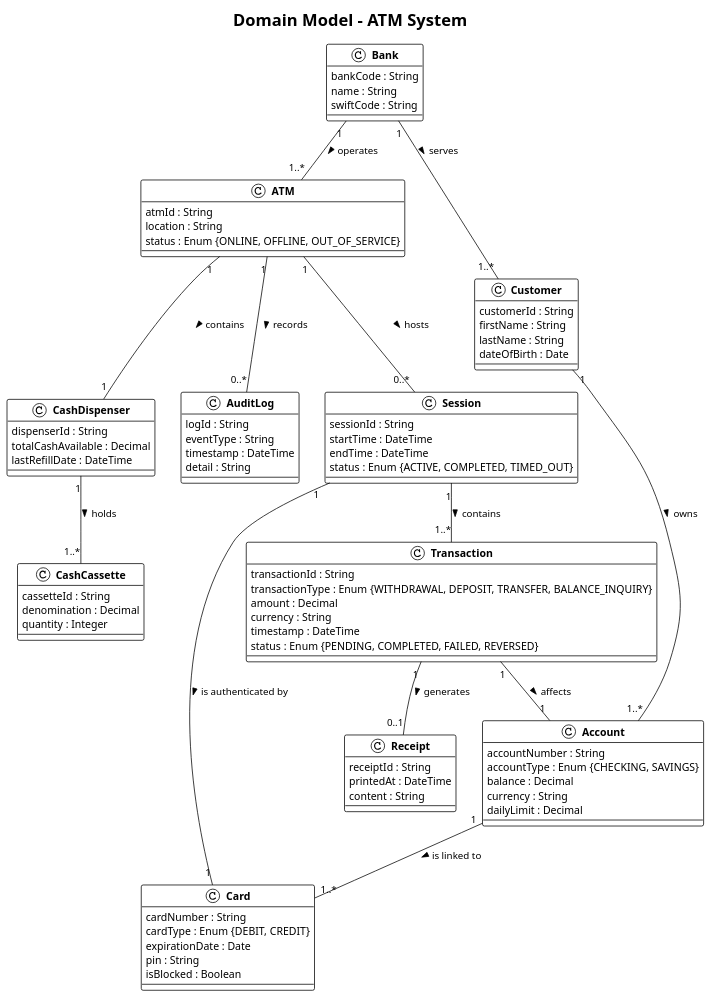
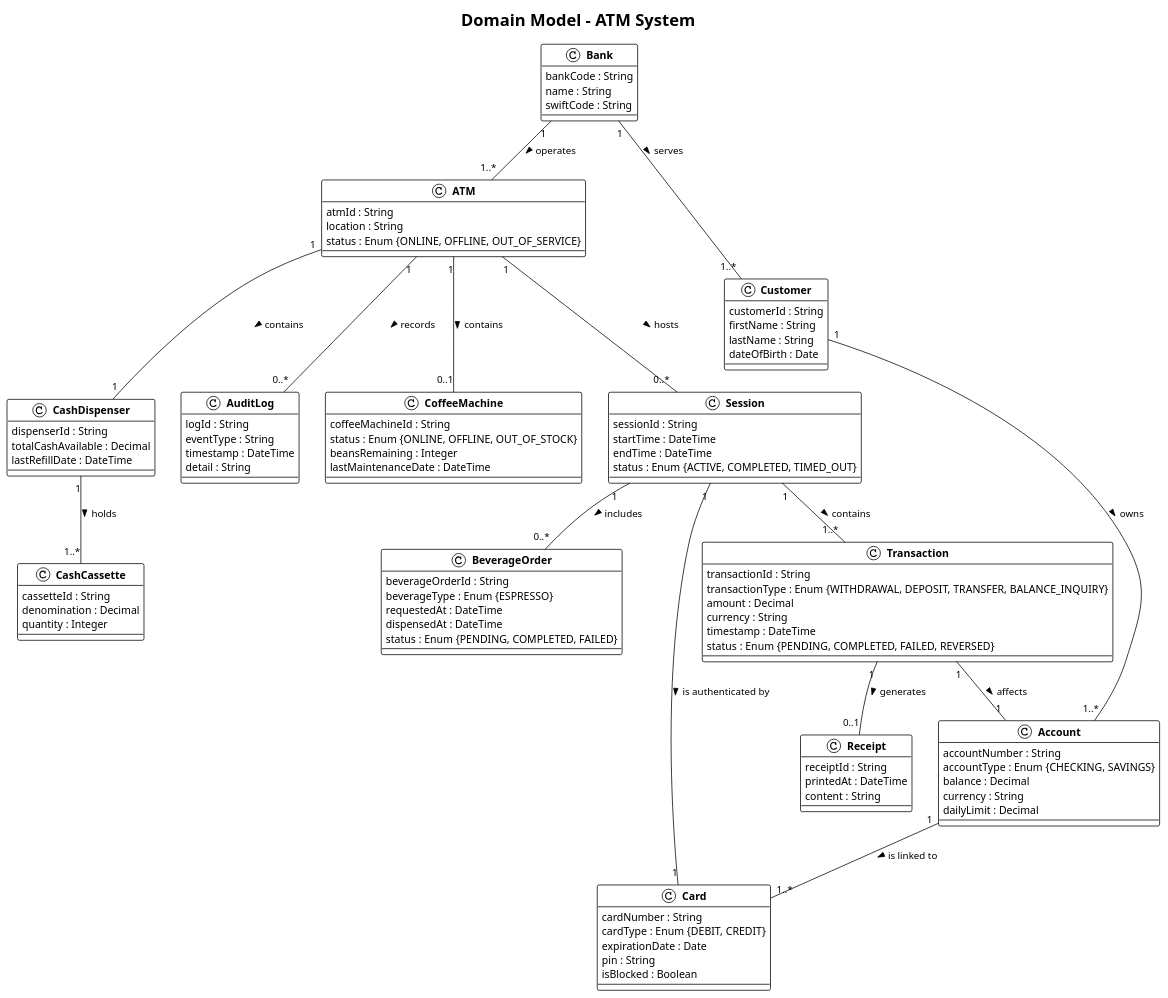
The diagram in docs/domain_model/domainModel.puml (marcelRonner/jarvis), drawn with PlantUML before and after one commit. The commit also changed 14 other files, not shown here.

```diff
--- a/docs/domain_model/domainModel.puml
+++ b/docs/domain_model/domainModel.puml
@@ -1,98 +1,115 @@
 @startuml DomainModel
 !theme plain
 skinparam classAttributeIconSize 0
 skinparam classFontStyle bold
 
 title Domain Model – ATM System
 
 class Bank {
   bankCode : String
   name : String
   swiftCode : String
 }
 
 class ATM {
   atmId : String
   location : String
   status : Enum {ONLINE, OFFLINE, OUT_OF_SERVICE}
 }
 
 class Customer {
   customerId : String
   firstName : String
   lastName : String
   dateOfBirth : Date
 }
 
 class Account {
   accountNumber : String
   accountType : Enum {CHECKING, SAVINGS}
   balance : Decimal
   currency : String
   dailyLimit : Decimal
 }
 
 class Card {
   cardNumber : String
   cardType : Enum {DEBIT, CREDIT}
   expirationDate : Date
   pin : String
   isBlocked : Boolean
 }
 
 class Session {
   sessionId : String
   startTime : DateTime
   endTime : DateTime
   status : Enum {ACTIVE, COMPLETED, TIMED_OUT}
 }
 
 class Transaction {
   transactionId : String
   transactionType : Enum {WITHDRAWAL, DEPOSIT, TRANSFER, BALANCE_INQUIRY}
   amount : Decimal
   currency : String
   timestamp : DateTime
   status : Enum {PENDING, COMPLETED, FAILED, REVERSED}
 }
 
 class Receipt {
   receiptId : String
   printedAt : DateTime
   content : String
 }
 
 class CashDispenser {
   dispenserId : String
   totalCashAvailable : Decimal
   lastRefillDate : DateTime
 }
 
 class CashCassette {
   cassetteId : String
   denomination : Decimal
   quantity : Integer
 }
 
 class AuditLog {
   logId : String
   eventType : String
   timestamp : DateTime
   detail : String
 }
 
+class CoffeeMachine {
+  coffeeMachineId : String
+  status : Enum {ONLINE, OFFLINE, OUT_OF_STOCK}
+  beansRemaining : Integer
+  lastMaintenanceDate : DateTime
+}
+
+class BeverageOrder {
+  beverageOrderId : String
+  beverageType : Enum {ESPRESSO}
+  requestedAt : DateTime
+  dispensedAt : DateTime
+  status : Enum {PENDING, COMPLETED, FAILED}
+}
+
 ' Relationships
 Bank "1" -- "1..*" ATM : operates >
 Bank "1" -- "1..*" Customer : serves >
 Customer "1" -- "1..*" Account : owns >
 Account "1" -- "1..*" Card : is linked to >
 ATM "1" -- "0..*" Session : hosts >
 Session "1" -- "1" Card : is authenticated by >
 Session "1" -- "1..*" Transaction : contains >
 Transaction "1" -- "0..1" Receipt : generates >
 ATM "1" -- "1" CashDispenser : contains >
 CashDispenser "1" -- "1..*" CashCassette : holds >
 ATM "1" -- "0..*" AuditLog : records >
 Transaction "1" -- "1" Account : affects >
+ATM "1" -- "0..1" CoffeeMachine : contains >
+Session "1" -- "0..*" BeverageOrder : includes >
 
 @enduml
```
